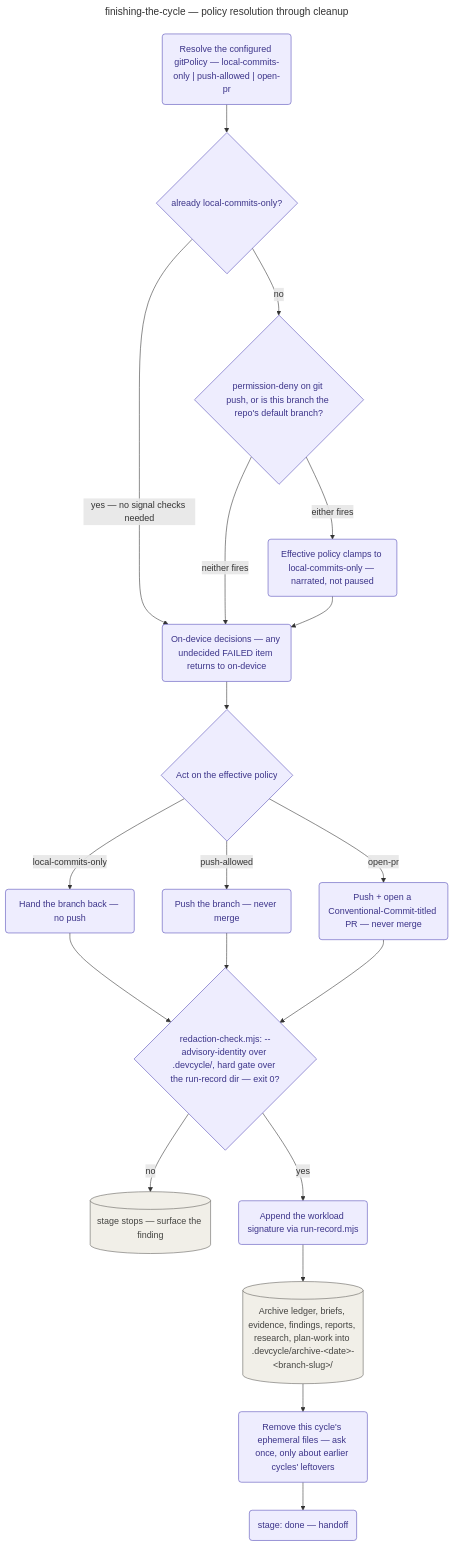
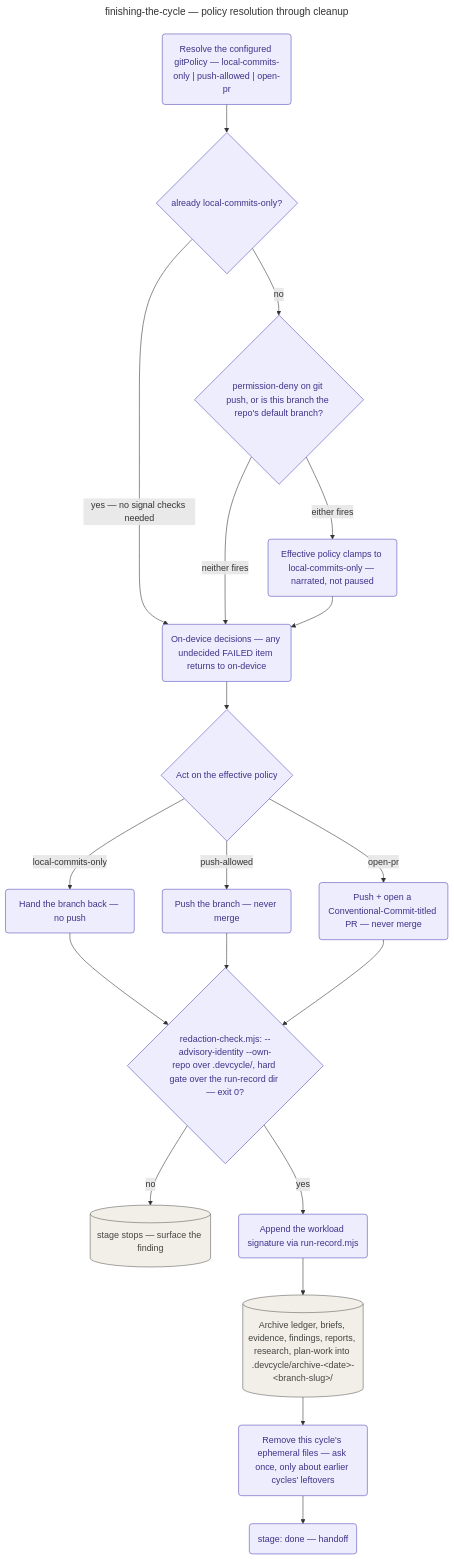
The diagram in docs/playbooks/finishing-the-cycle/README.md (KonstantinRoehrl/devcycle), drawn with Mermaid before and after one commit. The commit also changed other lines of this file and 6 other files, not shown here.

First line of the commit message:
fix(finish): let the .devcycle screen allow the repo's own name (#430)

````diff
--- a/docs/playbooks/finishing-the-cycle/README.md
+++ b/docs/playbooks/finishing-the-cycle/README.md
@@ -66,33 +69,33 @@
 ```mermaid
 ---
 title: finishing-the-cycle — policy resolution through cleanup
 accDescr: Playbook-internal flowchart of the finish stage, from resolving the configured git policy through the permission and protected-branch signal checks, acting on the effective policy, the redaction and workload gates, the unconditional archive copy, and the ephemeral cleanup.
 ---
 flowchart TD
     CFG("Resolve the configured gitPolicy — local-commits-only | push-allowed | open-pr"):::stage
     CFG --> FLOOR{"already local-commits-only?"}:::stage
     FLOOR -->|"yes — no signal checks needed"| GUARD
     FLOOR -->|"no"| SIGNALS{"permission-deny on git push, or is this branch the repo's default branch?"}:::stage
     SIGNALS -->|"either fires"| CLAMP("Effective policy clamps to local-commits-only — narrated, not paused"):::stage
     SIGNALS -->|"neither fires"| GUARD
     CLAMP --> GUARD
     GUARD("On-device decisions — any undecided FAILED item returns to on-device"):::stage
     GUARD --> ACT
     ACT{"Act on the effective policy"}:::stage
     ACT -->|"local-commits-only"| HANDBACK("Hand the branch back — no push"):::stage
     ACT -->|"push-allowed"| PUSH("Push the branch — never merge"):::stage
     ACT -->|"open-pr"| PR("Push + open a Conventional-Commit-titled PR — never merge"):::stage
     HANDBACK --> REDACT
     PUSH --> REDACT
     PR --> REDACT
-    REDACT{"redaction-check.mjs: --advisory-identity over .devcycle/, hard gate over the run-record dir — exit 0?"}:::stage
+    REDACT{"redaction-check.mjs: --advisory-identity --own-repo over .devcycle/, hard gate over the run-record dir — exit 0?"}:::stage
     REDACT -->|"no"| STOP[("stage stops — surface the finding")]:::structural
     REDACT -->|"yes"| RECORD("Append the workload signature via run-record.mjs"):::stage
     RECORD --> ARCHIVE[("Archive ledger, briefs, evidence, findings, reports, research, plan-work into .devcycle/archive-&lt;date&gt;-&lt;branch-slug&gt;/")]:::structural
     ARCHIVE --> CLEAN("Remove this cycle's ephemeral files — ask once, only about earlier cycles' leftovers"):::stage
     CLEAN --> DONE("stage: done — handoff"):::stage
 
     classDef stage fill:#EEEDFE,stroke:#534AB7,color:#3C3489;
     classDef tool fill:#E1F5EE,stroke:#0F6E56,color:#085041,stroke-dasharray:5 5;
     classDef structural fill:#F1EFE8,stroke:#5F5E5A,color:#444441;
 ```
````
